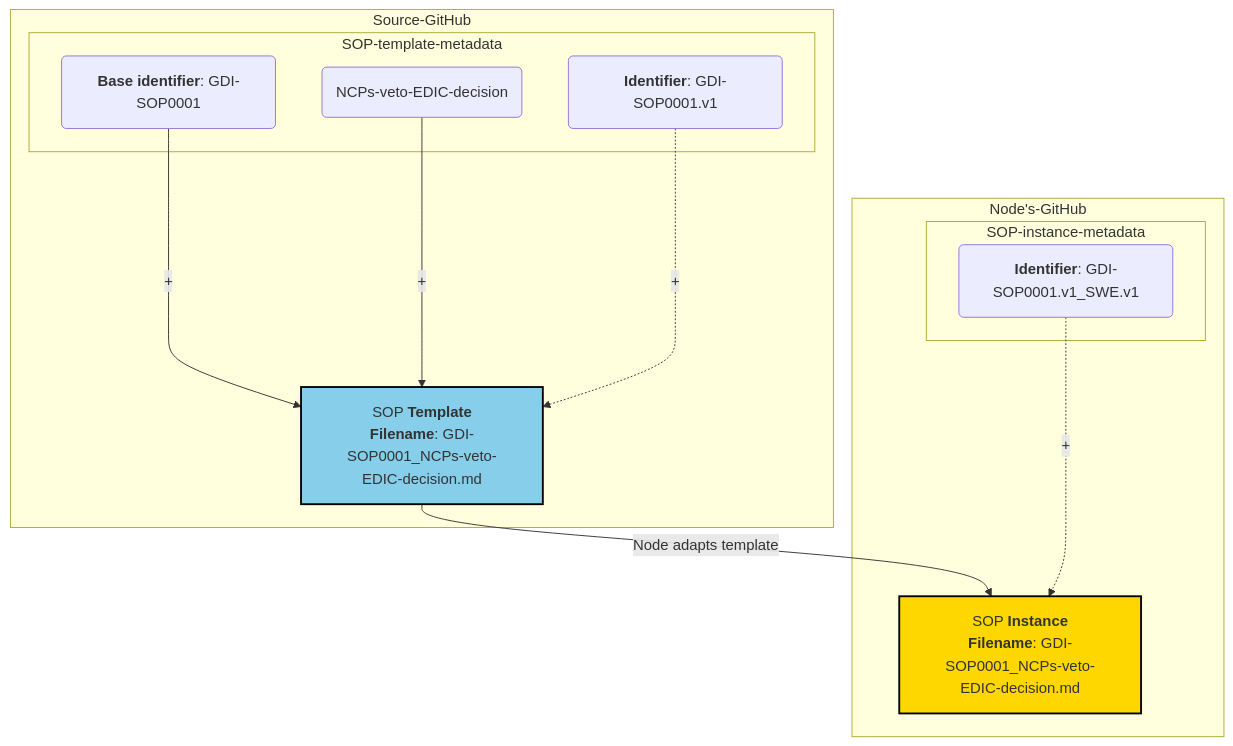
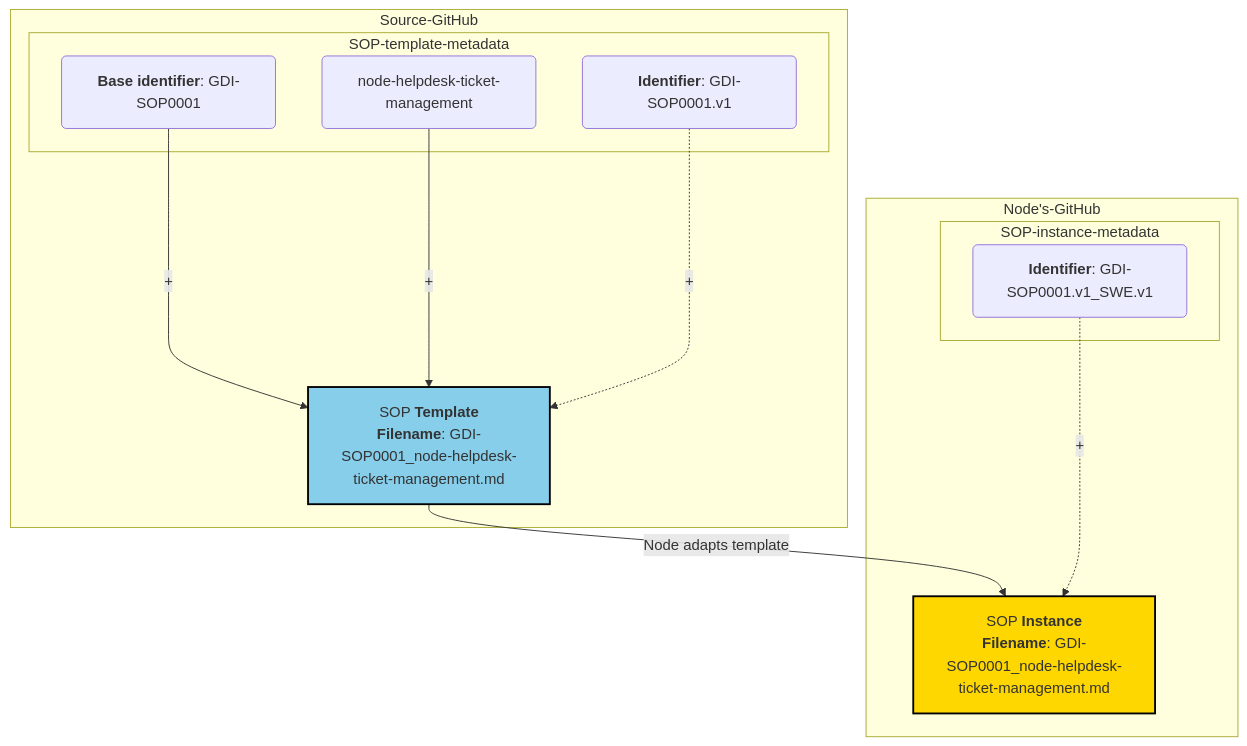
One commit to GenomicDataInfrastructure/standard-operating-procedures changed the first of 2 diagrams in docs/GDI-SOP_sop-accessioning.md. Above: the diagram before and after it, drawn with Mermaid. The commit also changed other lines of this file and 22 other files, not shown here.

`````diff
--- a/docs/GDI-SOP_sop-accessioning.md
+++ b/docs/GDI-SOP_sop-accessioning.md
@@ -63,33 +63,33 @@
 ````mermaid
 flowchart TB
     %% Colors
     classDef SOP fill:#FFD700,stroke:#000000,stroke-width:2px;
     classDef Template fill:#87CEEB,stroke:#000000,stroke-width:2px;
 
     subgraph Source-GitHub
         sopt["`SOP **Template**
-        **Filename**: GDI-SOP0001_NCPs-veto-EDIC-decision.md`"]
+        **Filename**: GDI-SOP0001_node-helpdesk-ticket-management.md`"]
         subgraph SOP-template-metadata
             sopt_m1("`**Base identifier**: GDI-SOP0001`")
-            title1("NCPs-veto-EDIC-decision")
+            title1("node-helpdesk-ticket-management")
             sopt_m2("`**Identifier**: GDI-SOP0001.v1`")
         end
     end
     sopt_m1 -->|#43;| sopt
     title1 -->|#43;| sopt
     sopt_m2 -..->|#43;| sopt
     sopt -->|Node adapts template| sopi
 
     subgraph Node's-GitHub
         sopi["`SOP **Instance**
-    **Filename**: GDI-SOP0001_NCPs-veto-EDIC-decision.md`"]
+    **Filename**: GDI-SOP0001_node-helpdesk-ticket-management.md`"]
         subgraph SOP-instance-metadata
             sopi_m2("`**Identifier**: GDI-SOP0001.v1_SWE.v1`")
         end
     end
     sopi_m2 -..->|#43;| sopi
 
     %% Styles
     class sopt Template
     class sopi SOP
 ````
`````
